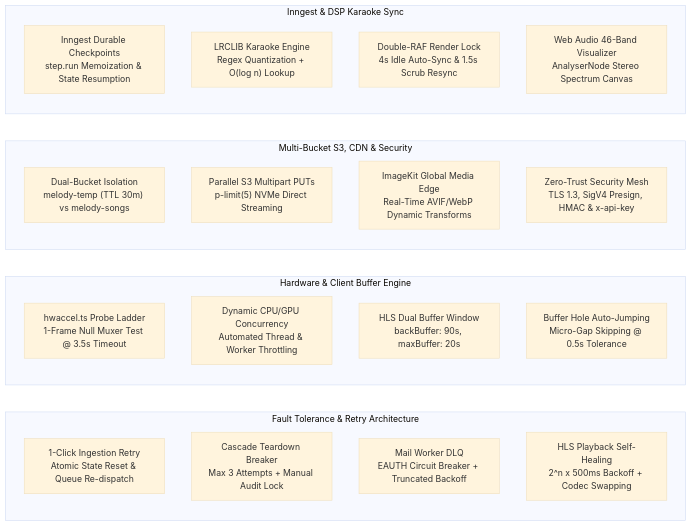
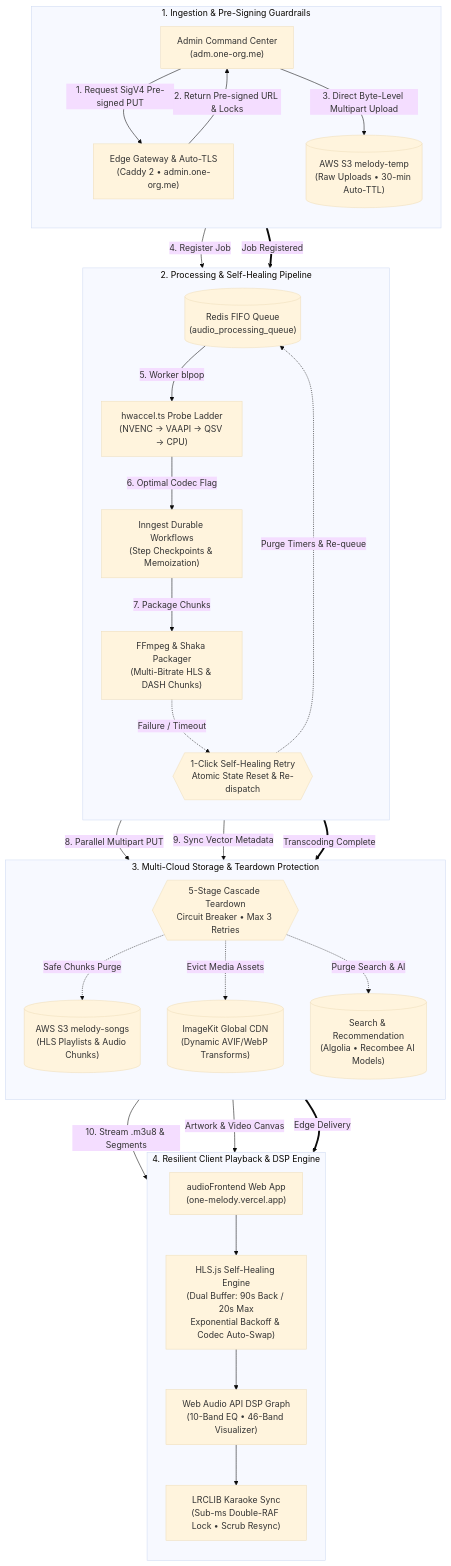
Before and after one commit to karankumar786786/AudioMelodySpringboot: the first of 17 diagrams in README.md, drawn with Mermaid (base theme). The commit also changed other lines of this file, not shown here.

Commit message:
docs: update README with Python/Django stack details and revised architecture diagrams

````diff
--- a/README.md
+++ b/README.md
@@ -27,30 +30,61 @@
 ```mermaid
-flowchart LR
-    subgraph S_RETRY ["Fault Tolerance & Retry Architecture"]
-        R1["1-Click Ingestion Retry<br/>Atomic State Reset & Queue Re-dispatch"]
-        R2["Cascade Teardown Breaker<br/>Max 3 Attempts + Manual Audit Lock"]
-        R3["Mail Worker DLQ<br/>EAUTH Circuit Breaker + Truncated Backoff"]
-        R4["HLS Playback Self-Healing<br/>2^n x 500ms Backoff + Codec Swapping"]
+flowchart TD
+    subgraph P1 ["1. Ingestion & Pre-Signing Guardrails"]
+        direction TB
+        UI["Admin Command Center<br/>(adm.one-org.me)"]
+        AUTH["Edge Gateway & Auto-TLS<br/>(Caddy 2 &bull; admin.one-org.me)"]
+        S3_TEMP[("AWS S3 melody-temp<br/>(Raw Uploads &bull; 30-min Auto-TTL)")]
+        
+        UI -->|"1. Request SigV4 Pre-signed PUT"| AUTH
+        AUTH -->|"2. Return Pre-signed URL & Locks"| UI
+        UI -->|"3. Direct Byte-Level Multipart Upload"| S3_TEMP
     end
 
-    subgraph S_HW ["Hardware & Client Buffer Engine"]
-        H1["hwaccel.ts Probe Ladder<br/>1-Frame Null Muxer Test @ 3.5s Timeout"]
-        H2["Dynamic CPU/GPU Concurrency<br/>Automated Thread & Worker Throttling"]
-        H3["HLS Dual Buffer Window<br/>backBuffer: 90s, maxBuffer: 20s"]
-        H4["Buffer Hole Auto-Jumping<br/>Micro-Gap Skipping @ 0.5s Tolerance"]
+    subgraph P2 ["2. Processing & Self-Healing Pipeline"]
+        direction TB
+        QUEUE[("Redis FIFO Queue<br/>(audio_processing_queue)")]
+        PROBE["hwaccel.ts Probe Ladder<br/>(NVENC &rarr; VAAPI &rarr; QSV &rarr; CPU)"]
+        INNGEST["Inngest Durable Workflows<br/>(Step Checkpoints & Memoization)"]
+        SHAKA["FFmpeg & Shaka Packager<br/>(Multi-Bitrate HLS & DASH Chunks)"]
+        RETRY_LOOP{{"1-Click Self-Healing Retry<br/>Atomic State Reset & Re-dispatch"}}
+
+        S3_TEMP -->|"4. Register Job"| QUEUE
+        QUEUE -->|"5. Worker blpop"| PROBE
+        PROBE -->|"6. Optimal Codec Flag"| INNGEST
+        INNGEST -->|"7. Package Chunks"| SHAKA
+        SHAKA -.->|"Failure / Timeout"| RETRY_LOOP
+        RETRY_LOOP -.->|"Purge Timers & Re-queue"| QUEUE
     end
 
-    subgraph S_S3 ["Multi-Bucket S3, CDN & Security"]
-        S1["Dual-Bucket Isolation<br/>melody-temp (TTL 30m) vs melody-songs"]
-        S2["Parallel S3 Multipart PUTs<br/>p-limit(5) NVMe Direct Streaming"]
-        S3["ImageKit Global Media Edge<br/>Real-Time AVIF/WebP Dynamic Transforms"]
-        S4["Zero-Trust Security Mesh<br/>TLS 1.3, SigV4 Presign, HMAC & x-api-key"]
+    subgraph P3 ["3. Multi-Cloud Storage & Teardown Protection"]
+        direction TB
+        S3_PERM[("AWS S3 melody-songs<br/>(HLS Playlists & Audio Chunks)")]
+        IMAGEKIT[("ImageKit Global CDN<br/>(Dynamic AVIF/WebP Transforms)")]
+        SEARCH_AI[("Search & Recommendation<br/>(Algolia &bull; Recombee AI Models)")]
+        TEARDOWN{{"5-Stage Cascade Teardown<br/>Circuit Breaker &bull; Max 3 Retries"}}
+
+        SHAKA -->|"8. Parallel Multipart PUT"| S3_PERM
+        SHAKA -->|"9. Sync Vector Metadata"| SEARCH_AI
+        TEARDOWN -.->|"Safe Chunks Purge"| S3_PERM
+        TEARDOWN -.->|"Evict Media Assets"| IMAGEKIT
+        TEARDOWN -.->|"Purge Search & AI"| SEARCH_AI
     end
 
-    subgraph S_DSP ["Inngest & DSP Karaoke Sync"]
-        W1["Inngest Durable Checkpoints<br/>step.run Memoization & State Resumption"]
-        W2["LRCLIB Karaoke Engine<br/>Regex Quantization + O(log n) Lookup"]
-        W3["Double-RAF Render Lock<br/>4s Idle Auto-Sync & 1.5s Scrub Resync"]
-        W4["Web Audio 46-Band Visualizer<br/>AnalyserNode Stereo Spectrum Canvas"]
+    subgraph P4 ["4. Resilient Client Playback & DSP Engine"]
+        direction TB
+        PLAYER["audioFrontend Web App<br/>(one-melody.vercel.app)"]
+        HLS_ENGINE["HLS.js Self-Healing Engine<br/>(Dual Buffer: 90s Back / 20s Max<br/>Exponential Backoff & Codec Auto-Swap)"]
+        DSP_GRAPH["Web Audio API DSP Graph<br/>(10-Band EQ &bull; 46-Band Visualizer)"]
+        KARAOKE["LRCLIB Karaoke Sync<br/>(Sub-ms Double-RAF Lock &bull; Scrub Resync)"]
+
+        S3_PERM -->|"10. Stream .m3u8 & Segments"| PLAYER
+        IMAGEKIT -->|"Artwork & Video Canvas"| PLAYER
+        PLAYER --> HLS_ENGINE
+        HLS_ENGINE --> DSP_GRAPH
+        DSP_GRAPH --> KARAOKE
     end
+
+    P1 ==>|"Job Registered"| P2
+    P2 ==>|"Transcoding Complete"| P3
+    P3 ==>|"Edge Delivery"| P4
 ```
````
